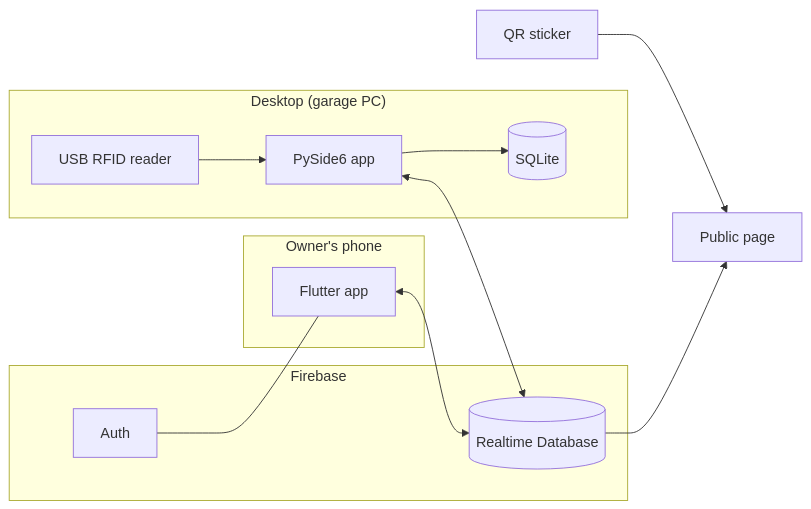
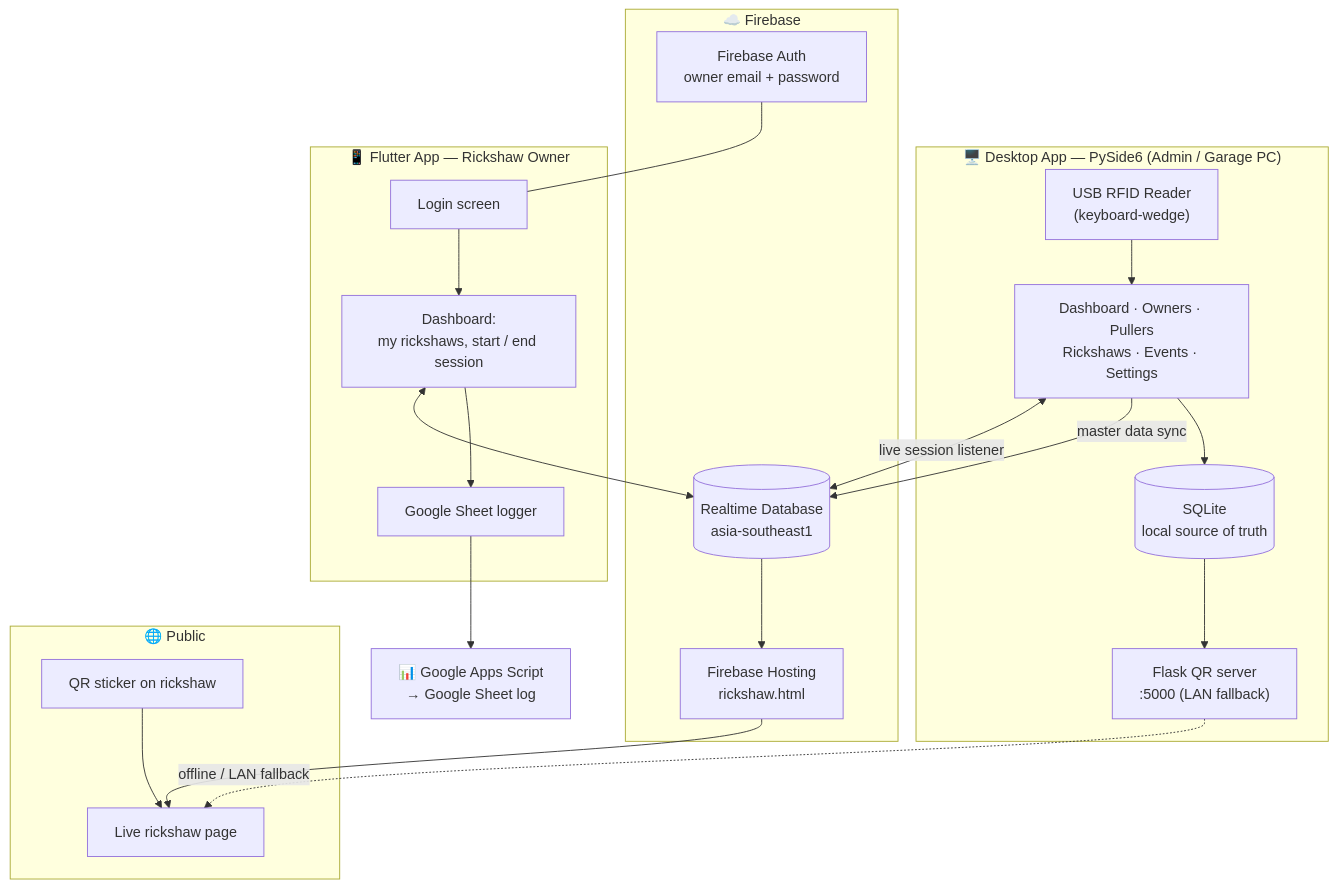
Before and after one commit to thisisdibbo/rfid-rickshaw-system: the first of 2 diagrams in README.md, drawn with Mermaid. The commit also changed other lines of this file, not shown here.

Commit message:
docs: fix author details and hosting URL

````diff
--- a/README.md
+++ b/README.md
@@ -30,19 +78,38 @@
 ```mermaid
-flowchart LR
-    subgraph PC["Desktop (garage PC)"]
-        R["USB RFID reader"] --> APP["PySide6 app"]
-        APP --> DB[("SQLite")]
+flowchart TB
+    subgraph Desktop["🖥️ Desktop App — PySide6 (Admin / Garage PC)"]
+        RFID["USB RFID Reader<br/>(keyboard-wedge)"]
+        UI["Dashboard · Owners · Pullers<br/>Rickshaws · Events · Settings"]
+        SQL[("SQLite<br/>local source of truth")]
+        FLASK["Flask QR server<br/>:5000 (LAN fallback)"]
+        RFID --> UI --> SQL
+        SQL --> FLASK
     end
-    subgraph FB["Firebase"]
-        RTDB[("Realtime Database")]
-        AUTH["Auth"]
+
+    subgraph Cloud["☁️ Firebase"]
+        AUTH["Firebase Auth<br/>owner email + password"]
+        RTDB[("Realtime Database<br/>asia-southeast1")]
+        HOST["Firebase Hosting<br/>rickshaw.html"]
     end
-    subgraph PH["Owner's phone"]
-        FL["Flutter app"]
+
+    subgraph Mobile["📱 Flutter App — Rickshaw Owner"]
+        LOGIN["Login screen"]
+        DASH["Dashboard:<br/>my rickshaws, start / end session"]
+        SHEET["Google Sheet logger"]
+        LOGIN --> DASH --> SHEET
     end
-    QR["QR sticker"] --> WEB["Public page"]
-    APP <--> RTDB
-    FL <--> RTDB
-    AUTH --- FL
-    RTDB --> WEB
+
+    subgraph Public["🌐 Public"]
+        QR["QR sticker on rickshaw"]
+        PAGE["Live rickshaw page"]
+    end
+
+    UI -- "master data sync" --> RTDB
+    UI <-- "live session listener" --> RTDB
+    AUTH --- LOGIN
+    DASH <--> RTDB
+    RTDB --> HOST --> PAGE
+    QR --> PAGE
+    FLASK -. "offline / LAN fallback" .-> PAGE
+    SHEET --> GS["📊 Google Apps Script<br/>→ Google Sheet log"]
 ```
````
